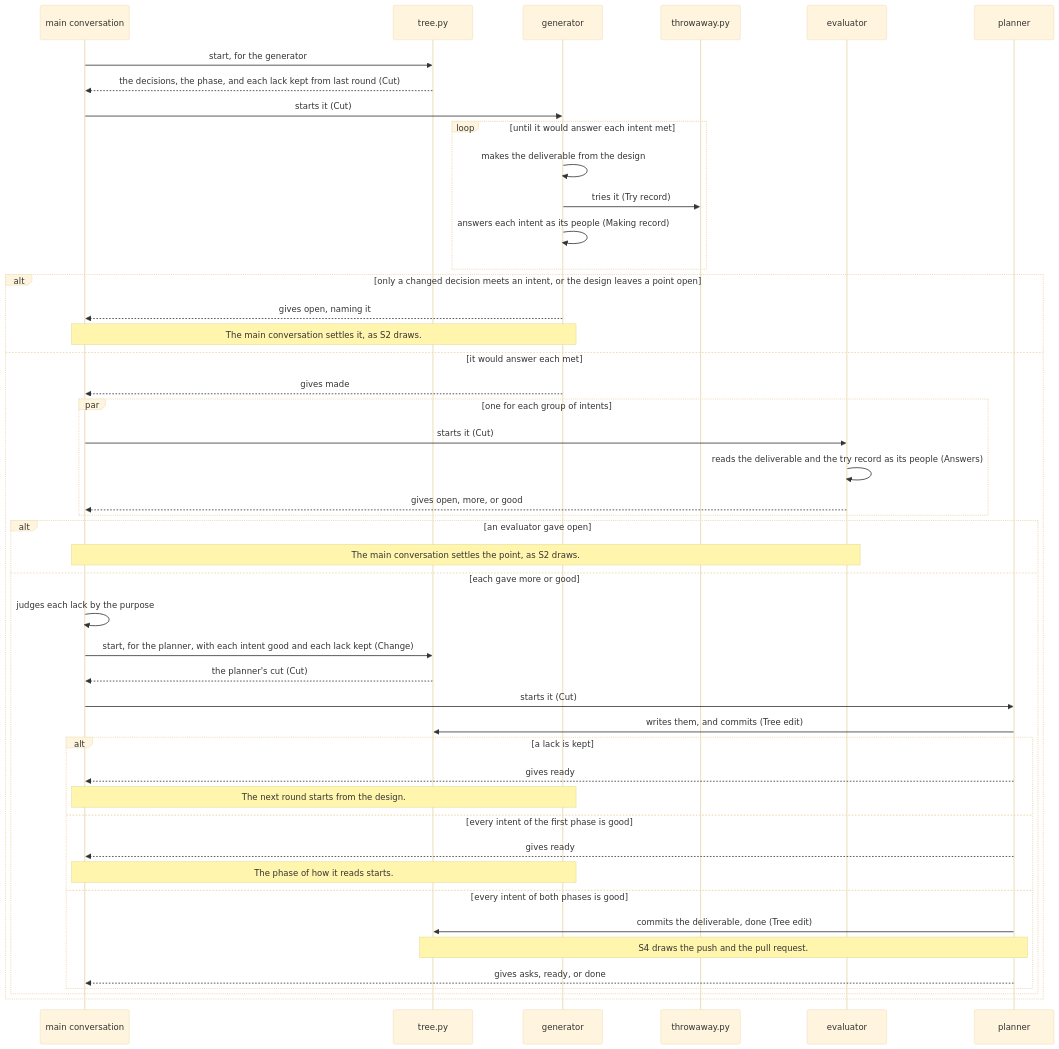
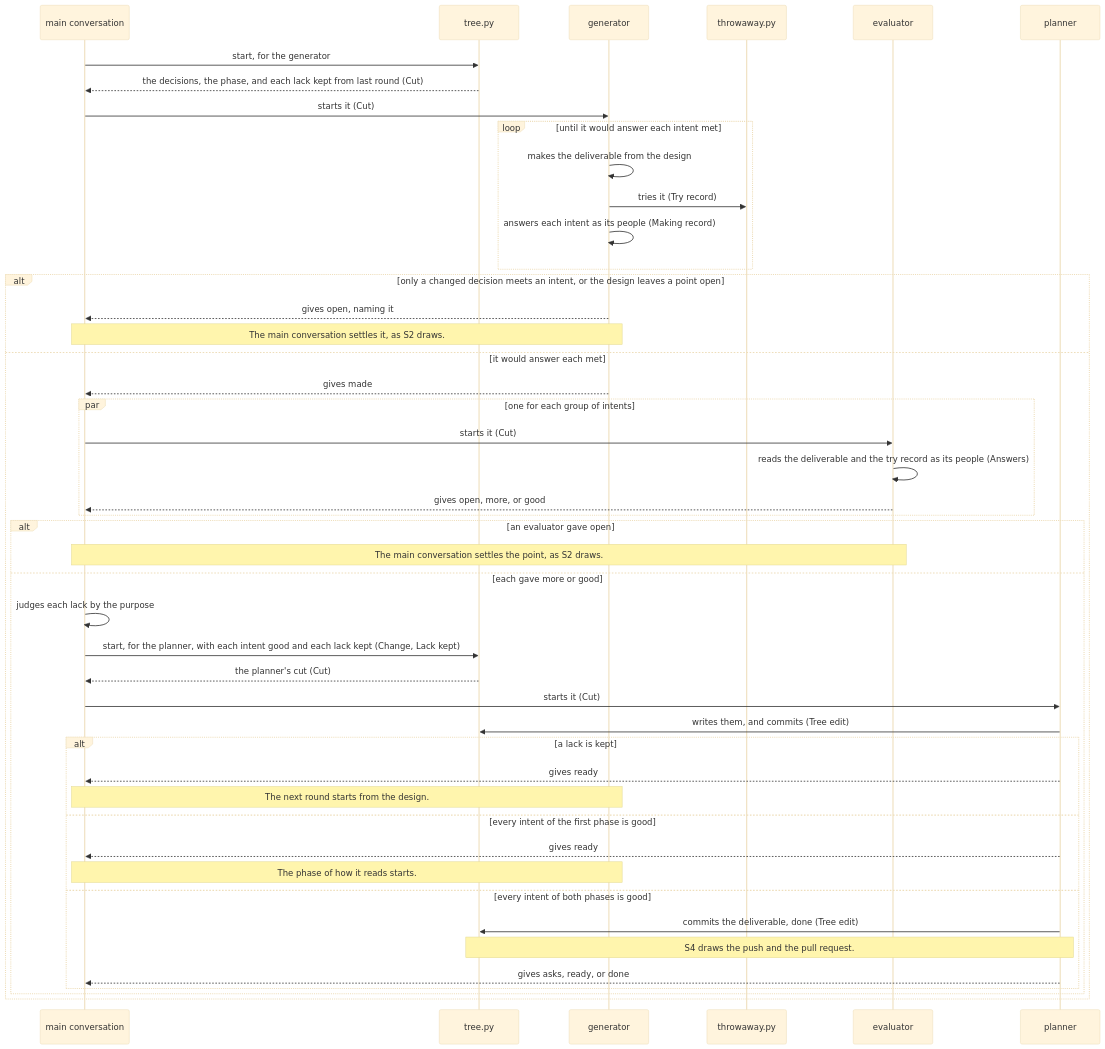
One commit to lovaizu/ccpm changed the third of 6 diagrams in dev/rn/architecture.md. Above: the diagram before and after it, drawn with Mermaid (base theme). The commit also changed other lines of this file and 5 other files, not shown here.

````diff
--- a/dev/rn/architecture.md
+++ b/dev/rn/architecture.md
@@ -285,48 +287,48 @@
 ```mermaid
 sequenceDiagram
   participant M as main conversation
   participant T as tree.py
   participant G as generator
   participant W as throwaway.py
   participant E as evaluator
   participant P as planner
   M->>T: start, for the generator
   T-->>M: the decisions, the phase, and each lack kept from last round (Cut)
   M->>G: starts it (Cut)
   loop until it would answer each intent met
     G->>G: makes the deliverable from the design
     G->>W: tries it (Try record)
     G->>G: answers each intent as its people (Making record)
   end
   alt only a changed decision meets an intent, or the design leaves a point open
     G-->>M: gives open, naming it
     Note over M,G: The main conversation settles it, as S2 draws.
   else it would answer each met
     G-->>M: gives made
     par one for each group of intents
       M->>E: starts it (Cut)
       E->>E: reads the deliverable and the try record as its people (Answers)
       E-->>M: gives open, more, or good
     end
     alt an evaluator gave open
       Note over M,E: The main conversation settles the point, as S2 draws.
     else each gave more or good
       M->>M: judges each lack by the purpose
-      M->>T: start, for the planner, with each intent good and each lack kept (Change)
+      M->>T: start, for the planner, with each intent good and each lack kept (Change, Lack kept)
       T-->>M: the planner's cut (Cut)
       M->>P: starts it (Cut)
       P->>T: writes them, and commits (Tree edit)
       alt a lack is kept
         P-->>M: gives ready
         Note over M,G: The next round starts from the design.
       else every intent of the first phase is good
         P-->>M: gives ready
         Note over M,G: The phase of how it reads starts.
       else every intent of both phases is good
         P->>T: commits the deliverable, done (Tree edit)
         Note over P,T: S4 draws the push and the pull request.
         P-->>M: gives asks, ready, or done
       end
     end
   end
 ```
````
